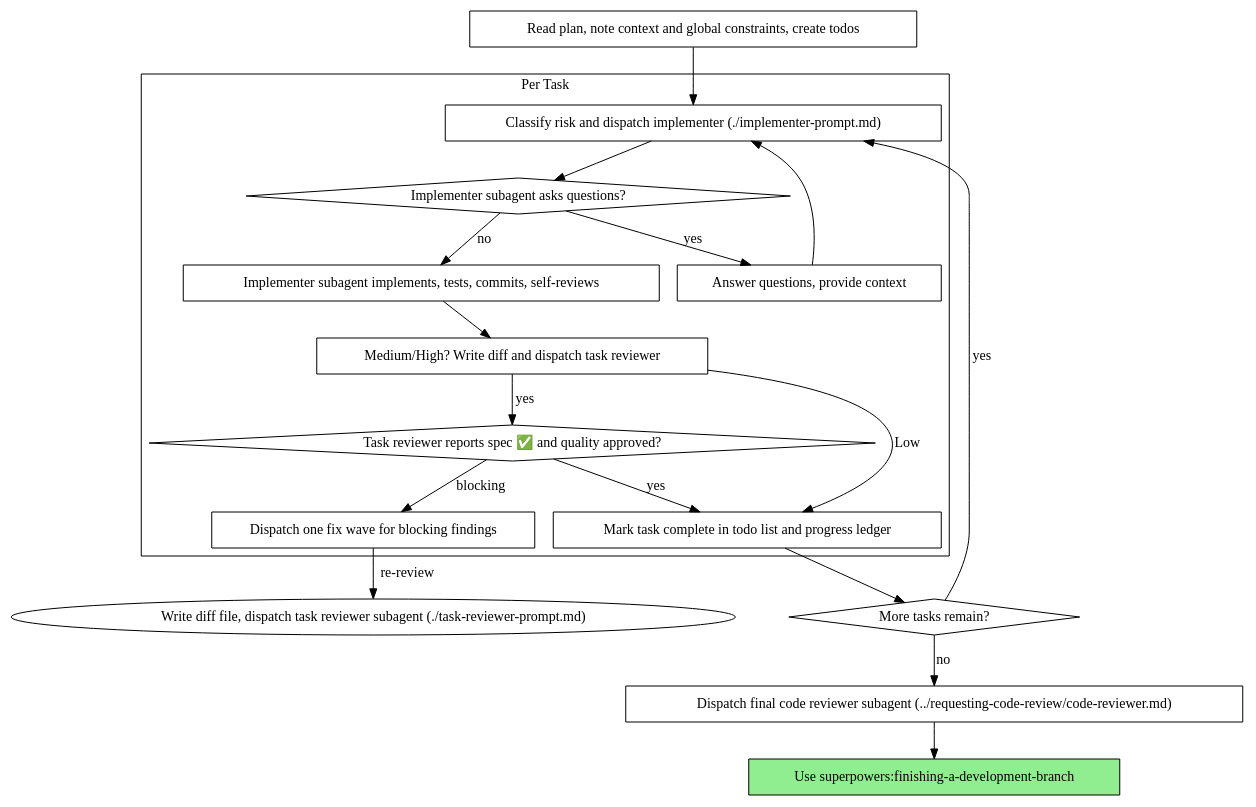
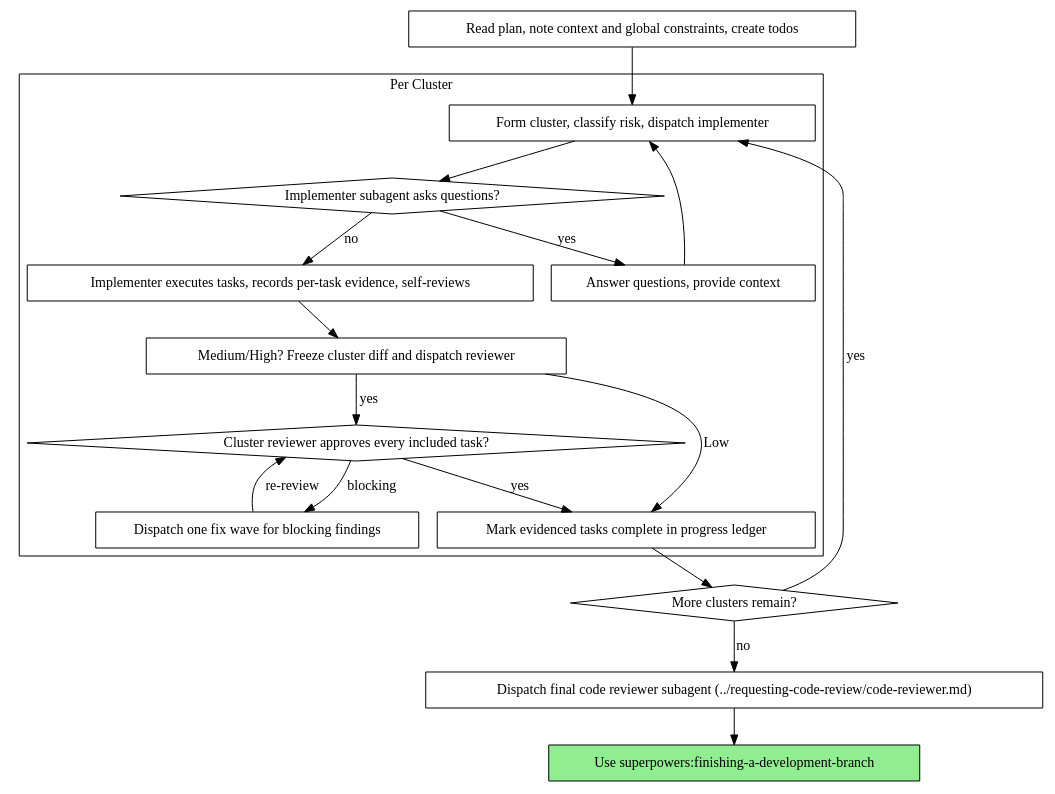
One commit to danka19/myAiSet changed the second of 2 diagrams in subagent-driven-development/SKILL.md. Above: the diagram before and after it, drawn with Graphviz. The commit also changed other lines of this file and 3 other files, not shown here.

Commit message:
fix: centralize risk-routed review policy

````diff
--- a/subagent-driven-development/SKILL.md
+++ b/subagent-driven-development/SKILL.md
@@ -166,38 +166,38 @@
 ```dot
 digraph process {
     rankdir=TB;
 
-    subgraph cluster_per_task {
-        label="Per Task";
-        "Classify risk and dispatch implementer (./implementer-prompt.md)" [shape=box];
+    subgraph cluster_execution {
+        label="Per Cluster";
+        "Form cluster, classify risk, dispatch implementer" [shape=box];
         "Implementer subagent asks questions?" [shape=diamond];
         "Answer questions, provide context" [shape=box];
-        "Implementer subagent implements, tests, commits, self-reviews" [shape=box];
-        "Medium/High? Write diff and dispatch task reviewer" [shape=box];
-        "Task reviewer reports spec ✅ and quality approved?" [shape=diamond];
+        "Implementer executes tasks, records per-task evidence, self-reviews" [shape=box];
+        "Medium/High? Freeze cluster diff and dispatch reviewer" [shape=box];
+        "Cluster reviewer approves every included task?" [shape=diamond];
         "Dispatch one fix wave for blocking findings" [shape=box];
-        "Mark task complete in todo list and progress ledger" [shape=box];
+        "Mark evidenced tasks complete in progress ledger" [shape=box];
     }
 
     "Read plan, note context and global constraints, create todos" [shape=box];
-    "More tasks remain?" [shape=diamond];
+    "More clusters remain?" [shape=diamond];
     "Dispatch final code reviewer subagent (../requesting-code-review/code-reviewer.md)" [shape=box];
     "Use superpowers:finishing-a-development-branch" [shape=box style=filled fillcolor=lightgreen];
 
-    "Read plan, note context and global constraints, create todos" -> "Classify risk and dispatch implementer (./implementer-prompt.md)";
-    "Classify risk and dispatch implementer (./implementer-prompt.md)" -> "Implementer subagent asks questions?";
+    "Read plan, note context and global constraints, create todos" -> "Form cluster, classify risk, dispatch implementer";
+    "Form cluster, classify risk, dispatch implementer" -> "Implementer subagent asks questions?";
     "Implementer subagent asks questions?" -> "Answer questions, provide context" [label="yes"];
-    "Answer questions, provide context" -> "Classify risk and dispatch implementer (./implementer-prompt.md)";
-    "Implementer subagent asks questions?" -> "Implementer subagent implements, tests, commits, self-reviews" [label="no"];
-    "Implementer subagent implements, tests, commits, self-reviews" -> "Medium/High? Write diff and dispatch task reviewer";
-    "Medium/High? Write diff and dispatch task reviewer" -> "Task reviewer reports spec ✅ and quality approved?" [label="yes"];
-    "Medium/High? Write diff and dispatch task reviewer" -> "Mark task complete in todo list and progress ledger" [label="Low"];
-    "Task reviewer reports spec ✅ and quality approved?" -> "Dispatch one fix wave for blocking findings" [label="blocking"];
-    "Dispatch one fix wave for blocking findings" -> "Write diff file, dispatch task reviewer subagent (./task-reviewer-prompt.md)" [label="re-review"];
-    "Task reviewer reports spec ✅ and quality approved?" -> "Mark task complete in todo list and progress ledger" [label="yes"];
-    "Mark task complete in todo list and progress ledger" -> "More tasks remain?";
-    "More tasks remain?" -> "Classify risk and dispatch implementer (./implementer-prompt.md)" [label="yes"];
-    "More tasks remain?" -> "Dispatch final code reviewer subagent (../requesting-code-review/code-reviewer.md)" [label="no"];
+    "Answer questions, provide context" -> "Form cluster, classify risk, dispatch implementer";
+    "Implementer subagent asks questions?" -> "Implementer executes tasks, records per-task evidence, self-reviews" [label="no"];
+    "Implementer executes tasks, records per-task evidence, self-reviews" -> "Medium/High? Freeze cluster diff and dispatch reviewer";
+    "Medium/High? Freeze cluster diff and dispatch reviewer" -> "Cluster reviewer approves every included task?" [label="yes"];
+    "Medium/High? Freeze cluster diff and dispatch reviewer" -> "Mark evidenced tasks complete in progress ledger" [label="Low"];
+    "Cluster reviewer approves every included task?" -> "Dispatch one fix wave for blocking findings" [label="blocking"];
+    "Dispatch one fix wave for blocking findings" -> "Cluster reviewer approves every included task?" [label="re-review"];
+    "Cluster reviewer approves every included task?" -> "Mark evidenced tasks complete in progress ledger" [label="yes"];
+    "Mark evidenced tasks complete in progress ledger" -> "More clusters remain?";
+    "More clusters remain?" -> "Form cluster, classify risk, dispatch implementer" [label="yes"];
+    "More clusters remain?" -> "Dispatch final code reviewer subagent (../requesting-code-review/code-reviewer.md)" [label="no"];
     "Dispatch final code reviewer subagent (../requesting-code-review/code-reviewer.md)" -> "Use superpowers:finishing-a-development-branch";
 }
 ```
````
